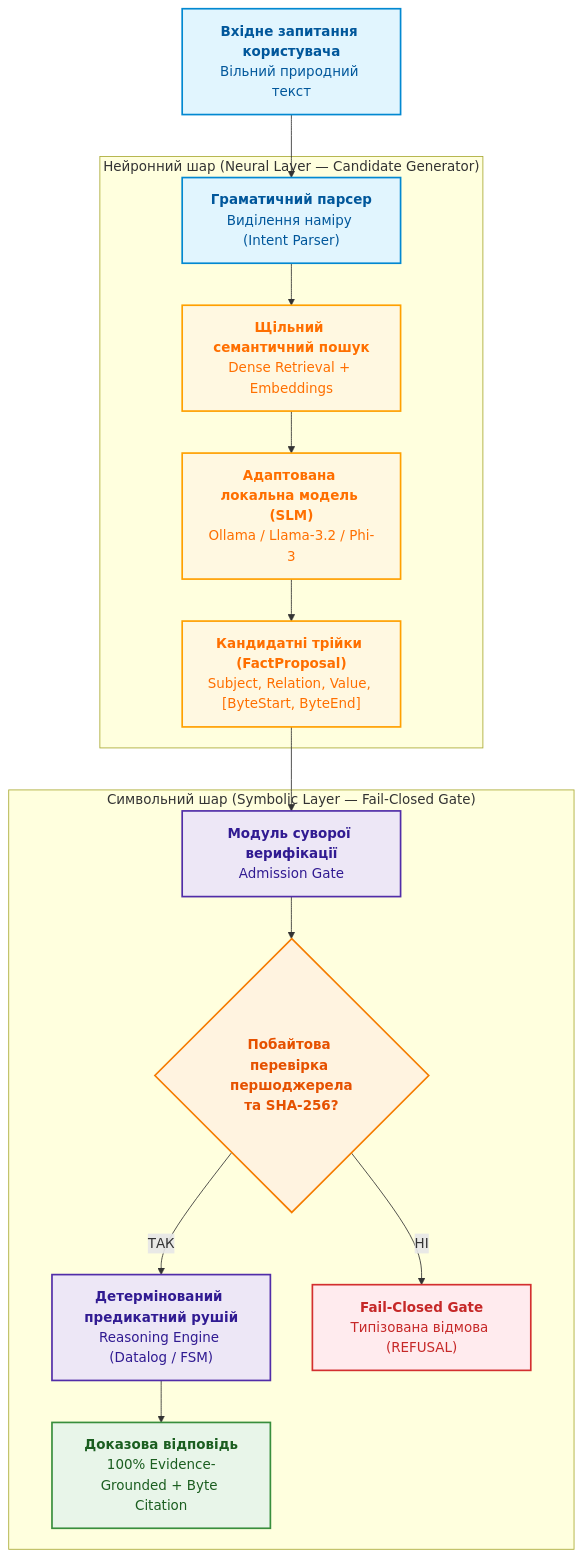
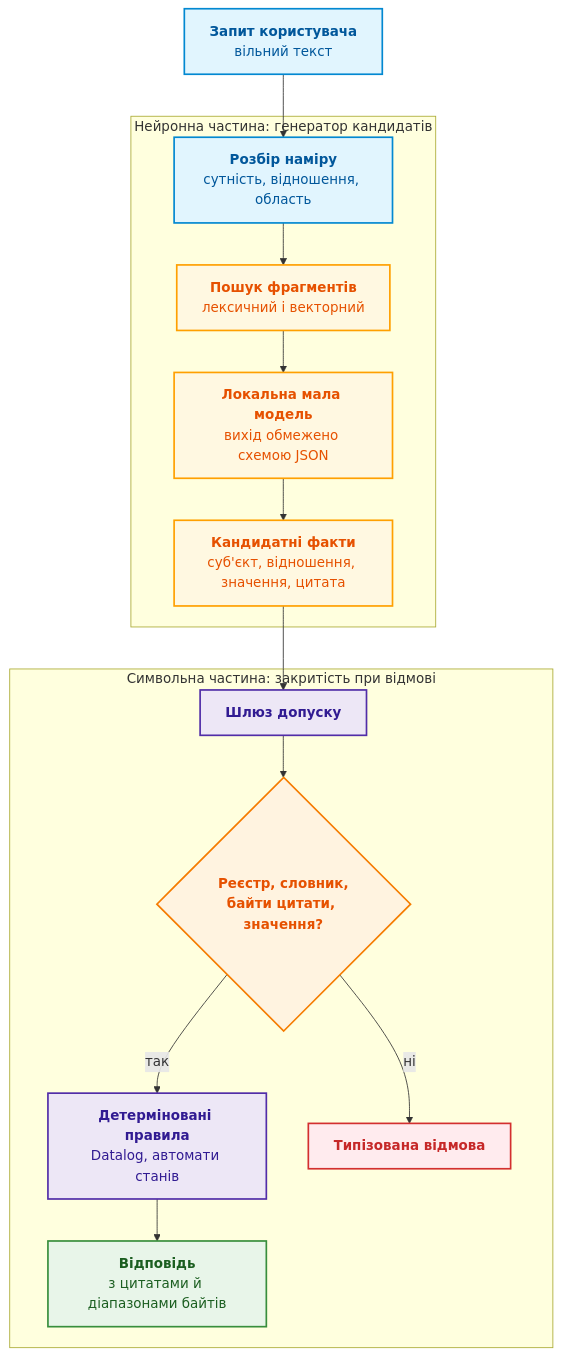
The second of 2 diagrams in ExpertSystem/ch29-neuro-symbolic-architecture.md (nick-fedchik/articles), drawn with Mermaid before and after one commit. The commit also changed other lines of this file, not shown here.

````diff
--- a/ExpertSystem/ch29-neuro-symbolic-architecture.md
+++ b/ExpertSystem/ch29-neuro-symbolic-architecture.md
@@ -153,35 +83,33 @@
 ```mermaid
 flowchart TD
     accTitle: Нейро-символьна архітектура експертної системи
-    accDescr: Схема взаємодії нейронного генератора кандидатів на базі SLM та детермінованого символьного шлюзу перевірки.
+    accDescr: Запит проходить розбір наміру й пошук фрагментів, мала мовна модель пропонує кандидатні факти з цитатами, шлюз допуску перевіряє реєстр, словник, байти й значення, детерміновані правила формують відповідь з цитатами, а непройдені кандидати дають відмову.
 
-    UserQuery["<b>Вхідне запитання користувача</b><br/>Вільний природний текст"] --> Q3["<b>Граматичний парсер</b><br/>Виділення наміру (Intent Parser)"]
-    
-    subgraph NeuralLayer ["Нейронний шар (Neural Layer — Candidate Generator)"]
-        Q3 --> Embeddings["<b>Щільний семантичний пошук</b><br/>Dense Retrieval + Embeddings"]
-        Embeddings --> SLM["<b>Адаптована локальна модель (SLM)</b><br/>Ollama / Llama-3.2 / Phi-3"]
-        SLM --> Proposals["<b>Кандидатні трійки (FactProposal)</b><br/>Subject, Relation, Value, [ByteStart, ByteEnd]"]
+    Query["<b>Запит користувача</b><br/>вільний текст"] --> Intent["<b>Розбір наміру</b><br/>сутність, відношення, область"]
+    subgraph Neural["Нейронна частина: генератор кандидатів"]
+        Intent --> Retrieval["<b>Пошук фрагментів</b><br/>лексичний і векторний"]
+        Retrieval --> SLM["<b>Локальна мала модель</b><br/>вихід обмежено схемою JSON"]
+        SLM --> Proposals["<b>Кандидатні факти</b><br/>суб'єкт, відношення, значення, цитата"]
     end
-    
-    subgraph SymbolicLayer ["Символьний шар (Symbolic Layer — Fail-Closed Gate)"]
-        Proposals --> HostGate["<b>Модуль суворої верифікації</b><br/>Admission Gate"]
-        HostGate --> ByteCheck{"<b>Побайтова перевірка першоджерела<br/>та SHA-256?</b>"}
-        ByteCheck -- ТАК --> PredicateEngine["<b>Детермінований предикатний рушій</b><br/>Reasoning Engine (Datalog / FSM)"]
-        ByteCheck -- НІ --> Refusal["<b>Fail-Closed Gate</b><br/>Типізована відмова (REFUSAL)"]
-        PredicateEngine --> Answer["<b>Доказова відповідь</b><br/>100% Evidence-Grounded + Byte Citation"]
+    subgraph Symbolic["Символьна частина: закритість при відмові"]
+        Proposals --> Gate["<b>Шлюз допуску</b>"]
+        Gate --> Check{"<b>Реєстр, словник,<br/>байти цитати, значення?</b>"}
+        Check -->|"так"| Rules["<b>Детерміновані правила</b><br/>Datalog, автомати станів"]
+        Check -->|"ні"| Refusal["<b>Типізована відмова</b>"]
+        Rules --> Answer["<b>Відповідь</b><br/>з цитатами й діапазонами байтів"]
     end
 
     classDef inp fill:#e1f5fe,stroke:#0288d1,stroke-width:2px,color:#01579b;
-    classDef neural fill:#fff8e1,stroke:#ffa000,stroke-width:2px,color:#ff6f00;
+    classDef neural fill:#fff8e1,stroke:#ffa000,stroke-width:2px,color:#e65100;
     classDef sym fill:#ede7f6,stroke:#512da8,stroke-width:2px,color:#311b92;
     classDef gate fill:#fff3e0,stroke:#f57c00,stroke-width:2px,color:#e65100;
     classDef ok fill:#e8f5e9,stroke:#388e3c,stroke-width:2px,color:#1b5e20;
     classDef fail fill:#ffebee,stroke:#d32f2f,stroke-width:2px,color:#c62828;
 
-    class UserQuery,Q3 inp;
-    class Embeddings,SLM,Proposals neural;
-    class HostGate,PredicateEngine sym;
-    class ByteCheck gate;
+    class Query,Intent inp;
+    class Retrieval,SLM,Proposals neural;
+    class Gate,Rules sym;
+    class Check gate;
     class Answer ok;
     class Refusal fail;
 ```
````
